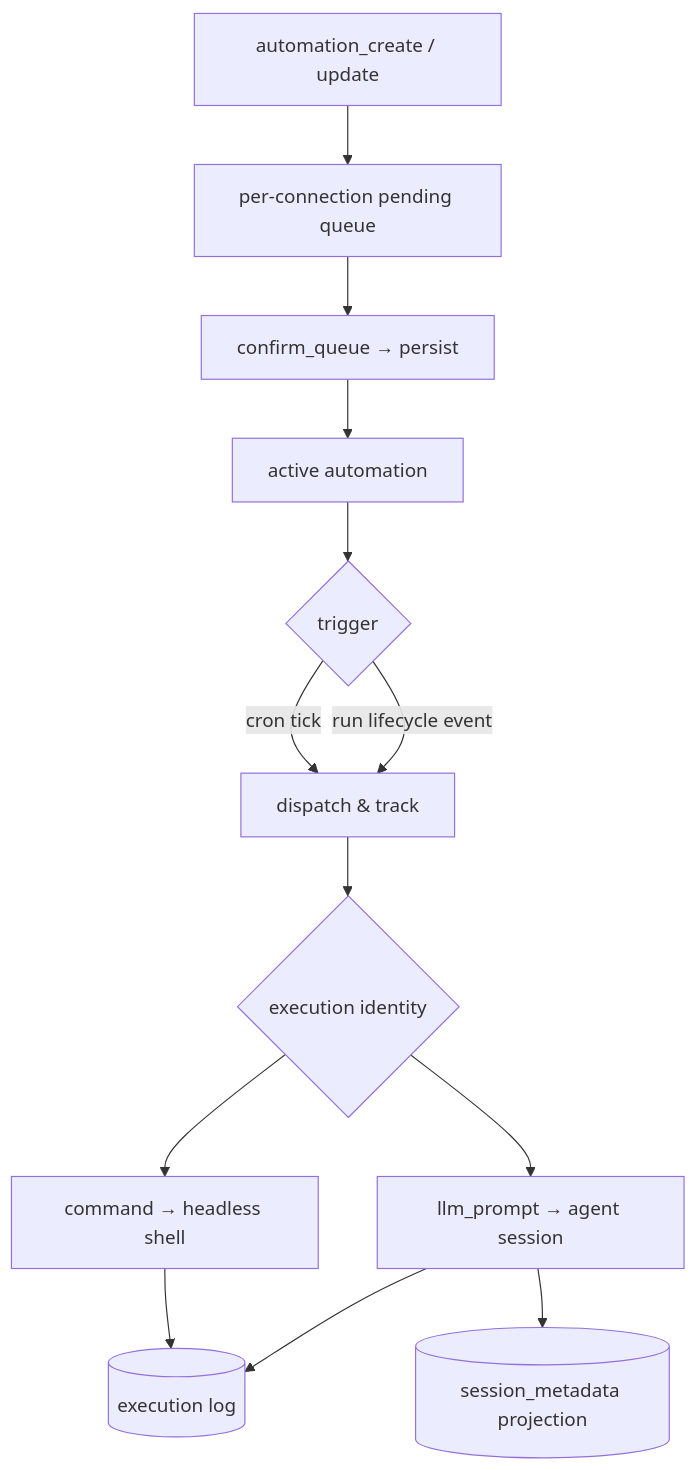
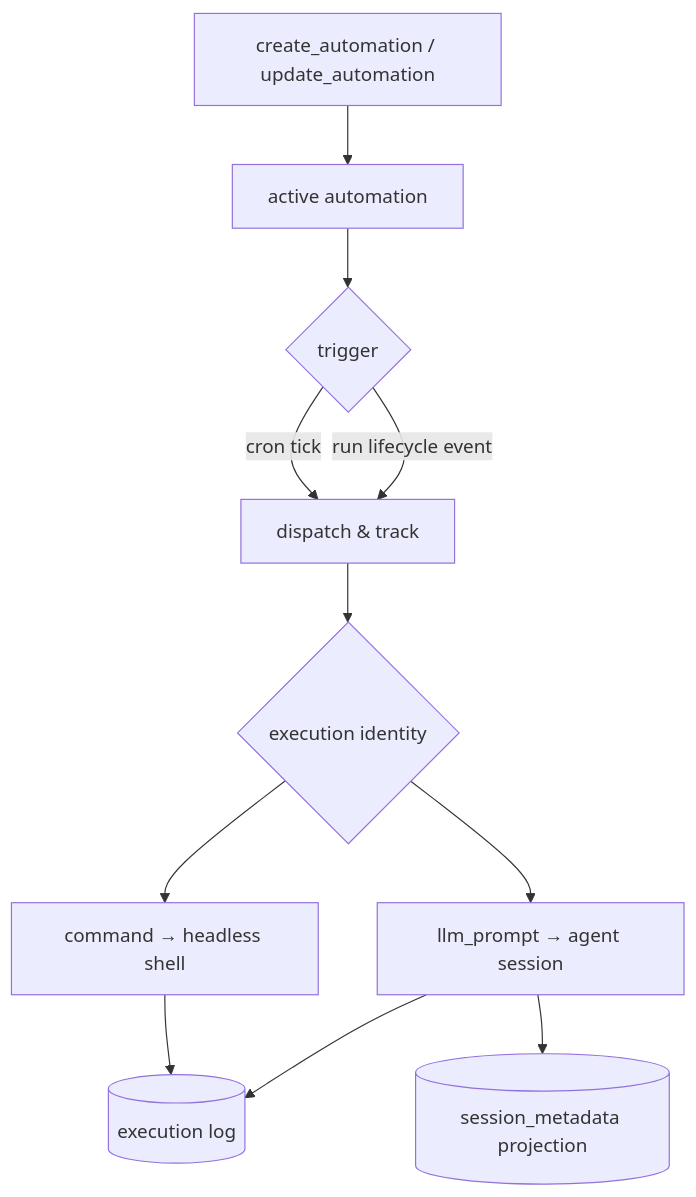
The diagram in doc/flows/flow-automation-execution.md (sequencestream/c3), drawn with Mermaid before and after one commit. The commit also changed other lines of this file and 19 other files, not shown here.

````diff
--- a/doc/flows/flow-automation-execution.md
+++ b/doc/flows/flow-automation-execution.md
@@ -15,15 +15,13 @@
 ```mermaid
 flowchart TD
-    W[automation_create / update] --> Q[per-connection pending queue]
-    Q --> CF[confirm_queue → persist]
-    CF --> SCHED[active automation]
+    W[create_automation / update_automation] --> SCHED[active automation]
     SCHED --> TRIG{trigger}
     TRIG -- cron tick --> DISP[dispatch & track]
     TRIG -- run lifecycle event --> DISP
     DISP --> ID{execution identity}
     ID --> CMD[command → headless shell]
     ID --> LLM[llm_prompt → agent session]
     CMD --> LOG[(execution log)]
     LLM --> LOG
     LLM --> SM[(session_metadata projection)]
 ```
````
